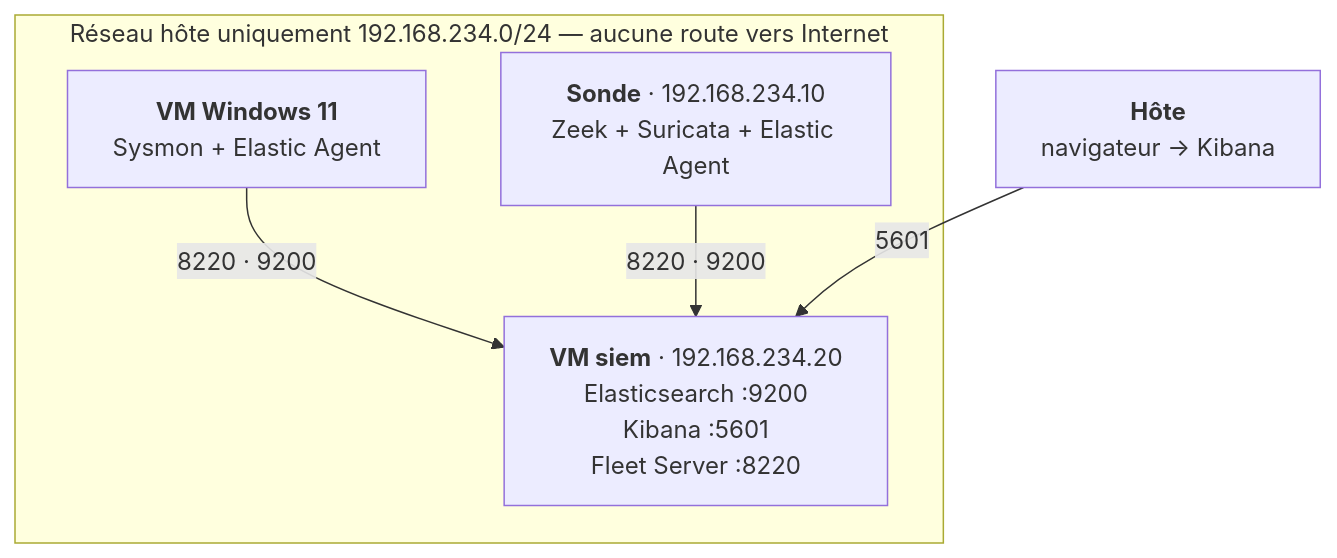
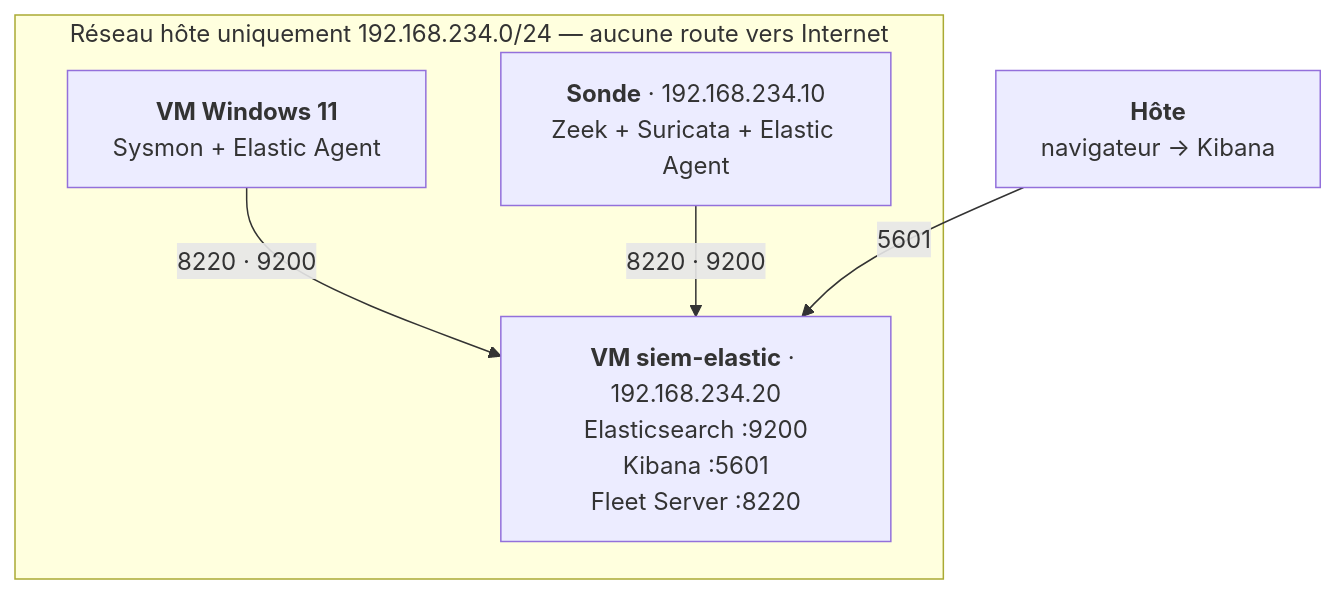
The second of 2 diagrams in 04-siem/README.md (jtthre/detection-lab), drawn with Mermaid before and after one commit. The commit also changed other lines of this file and 3 other files, not shown here.

Commit message:
Module 04 : phases 0 à 2 (srv-wazuh sur D:, siem-elastic, Elastic 9.5.5)

````diff
--- a/04-siem/README.md
+++ b/04-siem/README.md
@@ -211,12 +211,12 @@
 ```mermaid
 flowchart TB
     subgraph HO["Réseau hôte uniquement 192.168.234.0/24 — aucune route vers Internet"]
-        SIEM["<b>VM siem</b> · 192.168.234.20<br/>Elasticsearch :9200<br/>Kibana :5601<br/>Fleet Server :8220"]
+        SIEM["<b>VM siem-elastic</b> · 192.168.234.20<br/>Elasticsearch :9200<br/>Kibana :5601<br/>Fleet Server :8220"]
         WIN["<b>VM Windows 11</b><br/>Sysmon + Elastic Agent"]
         SON["<b>Sonde</b> · 192.168.234.10<br/>Zeek + Suricata + Elastic Agent"]
     end
     HOTE["<b>Hôte</b><br/>navigateur → Kibana"]
     WIN -->|"8220 · 9200"| SIEM
     SON -->|"8220 · 9200"| SIEM
     HOTE -->|"5601"| SIEM
 ```
````
